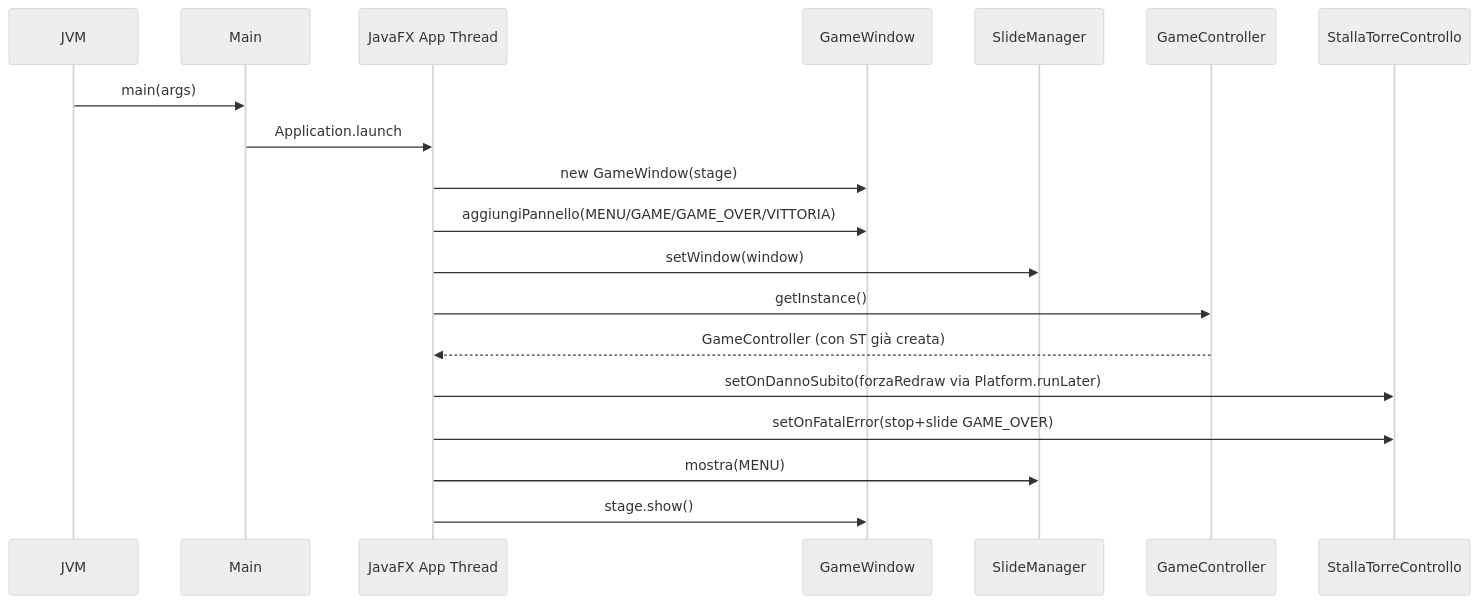
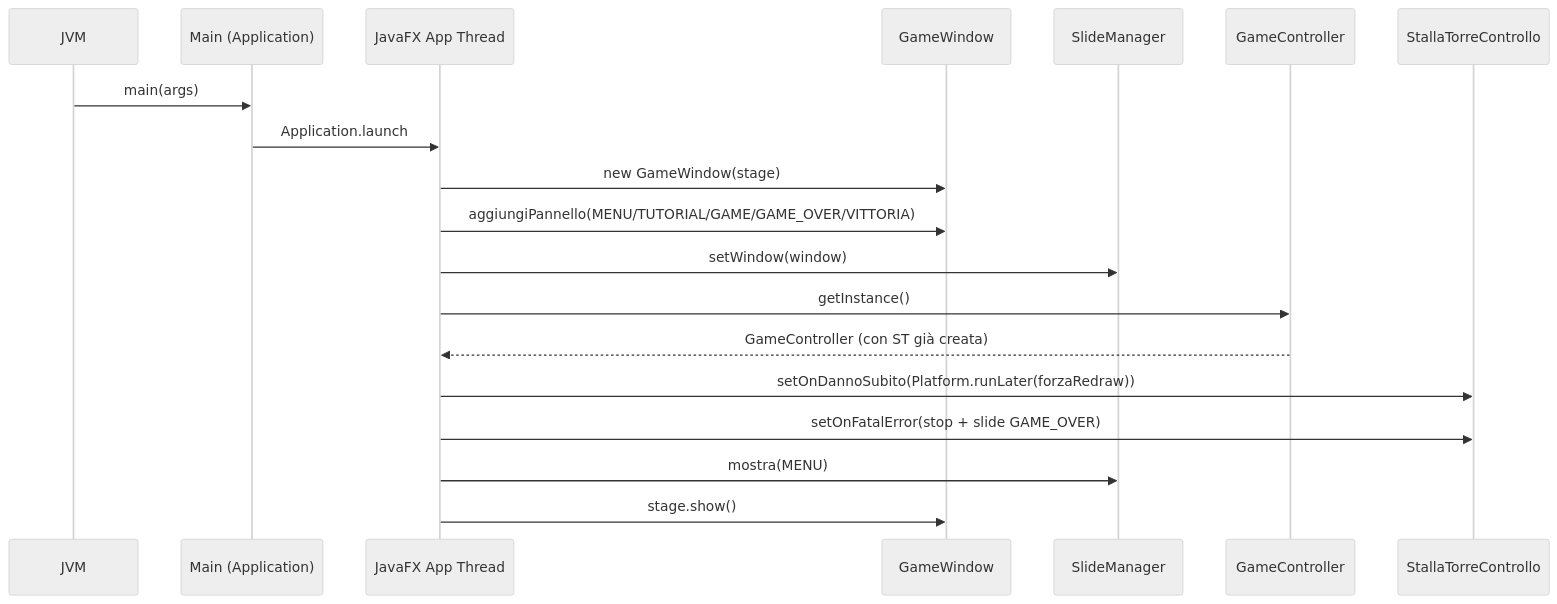
Before and after one commit to samuele-brusegan/mucche-alla-riscossa: the second of 7 diagrams in docs/CODEBASE.md, drawn with Mermaid (neutral theme). The commit also changed other lines of this file and 2 other files, not shown here.

````diff
--- a/docs/CODEBASE.md
+++ b/docs/CODEBASE.md
@@ -521,22 +615,22 @@
 ```mermaid
 sequenceDiagram
     participant JVM
-    participant Main
+    participant Main as Main (Application)
     participant FxApp as JavaFX App Thread
     participant GW as GameWindow
     participant SM as SlideManager
     participant GC as GameController
     participant ST as StallaTorreControllo
 
     JVM->>Main: main(args)
     Main->>FxApp: Application.launch
     FxApp->>GW: new GameWindow(stage)
-    FxApp->>GW: aggiungiPannello(MENU/GAME/GAME_OVER/VITTORIA)
+    FxApp->>GW: aggiungiPannello(MENU/TUTORIAL/GAME/GAME_OVER/VITTORIA)
     FxApp->>SM: setWindow(window)
     FxApp->>GC: getInstance()
     GC-->>FxApp: GameController (con ST già creata)
-    FxApp->>ST: setOnDannoSubito(forzaRedraw via Platform.runLater)
-    FxApp->>ST: setOnFatalError(stop+slide GAME_OVER)
+    FxApp->>ST: setOnDannoSubito(Platform.runLater(forzaRedraw))
+    FxApp->>ST: setOnFatalError(stop + slide GAME_OVER)
     FxApp->>SM: mostra(MENU)
     FxApp->>GW: stage.show()
 ```
````
